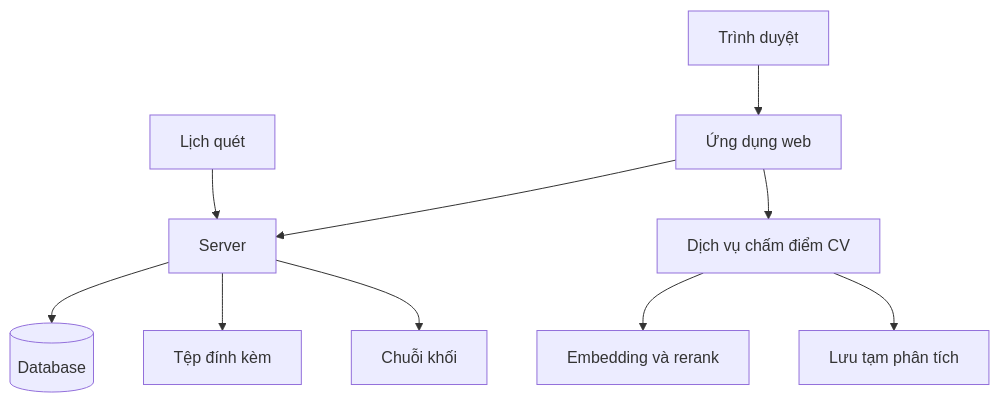
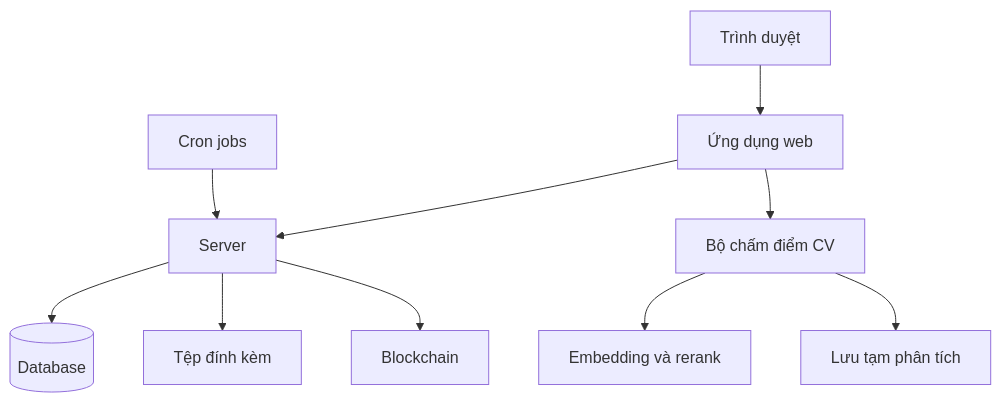
One commit to dmt041104111003/docs-nckh changed the first of 3 diagrams in architecture.md. Above: the diagram before and after it, drawn with Mermaid. The commit also changed other lines of this file and 9 other files, not shown here.

````diff
--- a/architecture.md
+++ b/architecture.md
@@ -9,12 +17,12 @@
 ```mermaid
 flowchart TB
   TD[Trình duyệt] --> Web[Ứng dụng web]
   Web --> May[Server]
   May --> DB[(Database)]
   May --> File[Tệp đính kèm]
-  May --> Chain[Chuỗi khối]
-  Hen[Lịch quét] --> May
-  Web --> Cham[Dịch vụ chấm điểm CV]
+  May --> Chain[Blockchain]
+  Cron[Cron jobs] --> May
+  Web --> Cham[Bộ chấm điểm CV]
   Cham --> MoHinh[Embedding và rerank]
   Cham --> Tam[Lưu tạm phân tích]
 ```
````
